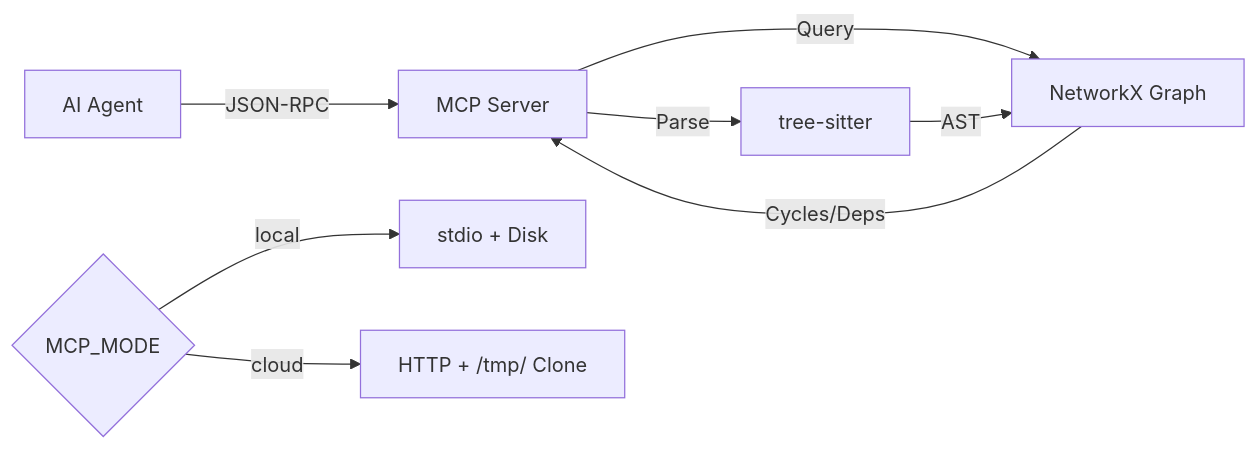
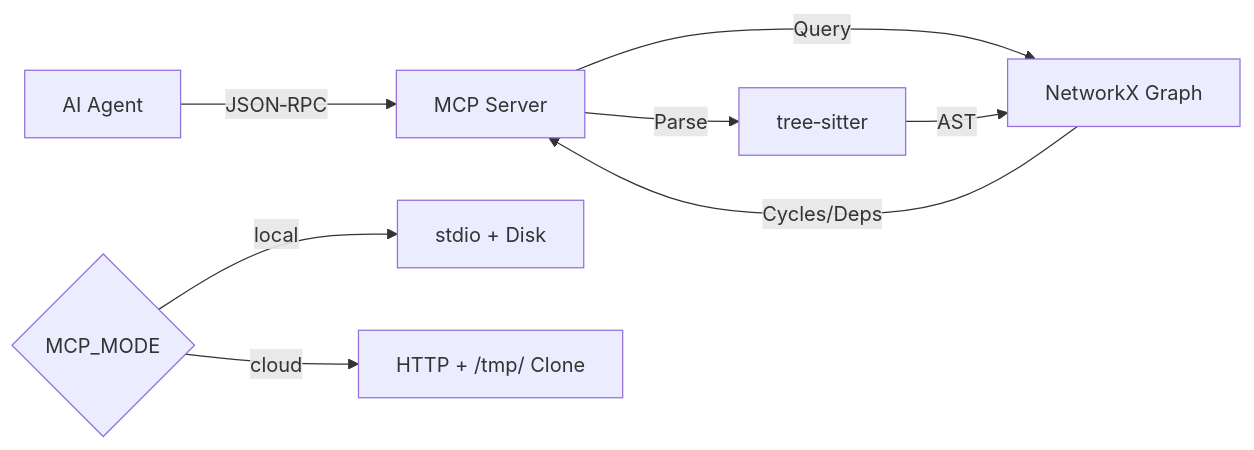
The diagram in README.md (RohitYadav34980/LegacyGraph-MCP), drawn with Mermaid before and after one commit. The commit also changed other lines of this file and 7 other files, not shown here.

Commit message:
feat: Enhance caching and performance in dependency graph with JSON serialization, multi-core parsing, and new benchmarks

````diff
--- a/README.md
+++ b/README.md
@@ -58,10 +68,10 @@
 ```mermaid
 graph LR
-    A[AI Agent] -->|JSON-RPC| B[MCP Server]
-    B -->|Parse| C[tree-sitter]
+    A[AI Agent] -->|JSON‑RPC| B[MCP Server]
+    B -->|Parse| C[tree‑sitter]
     B -->|Query| D[NetworkX Graph]
     C -->|AST| D
     D -->|Cycles/Deps| B
     E{MCP_MODE} -->|local| F[stdio + Disk]
     E -->|cloud| G[HTTP + /tmp/ Clone]
 ```
````
